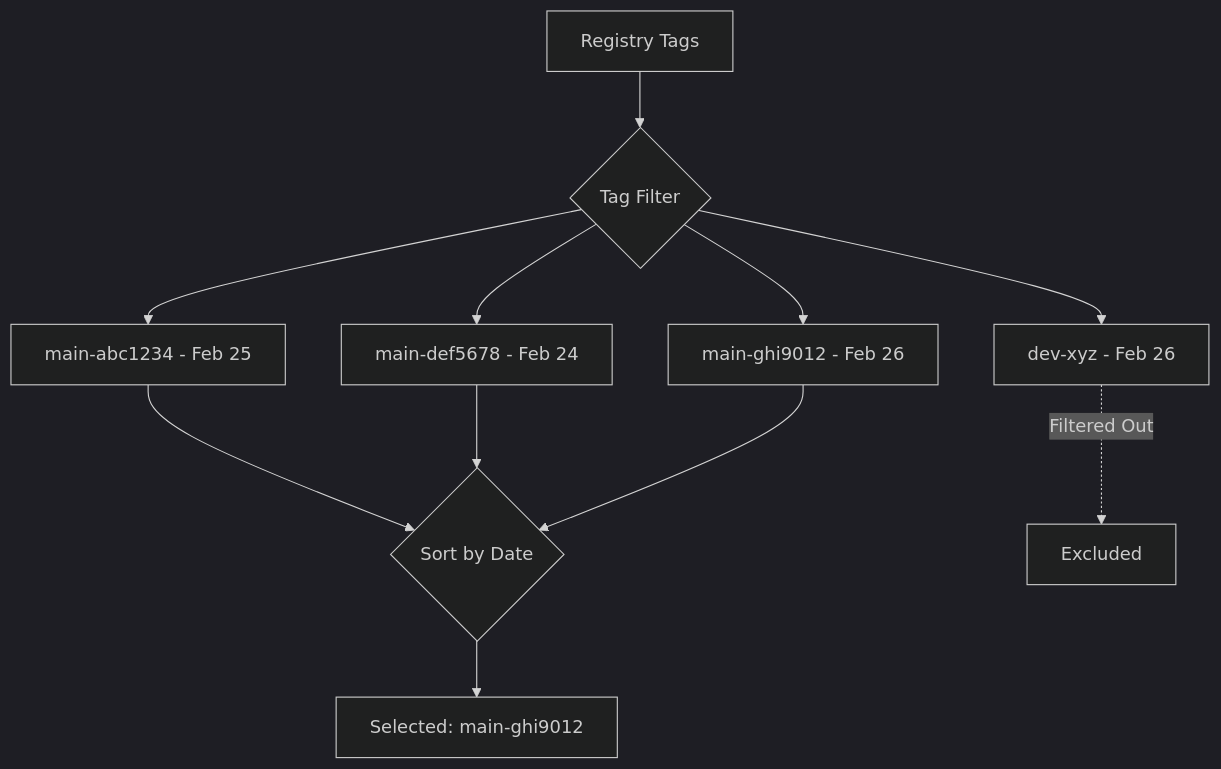
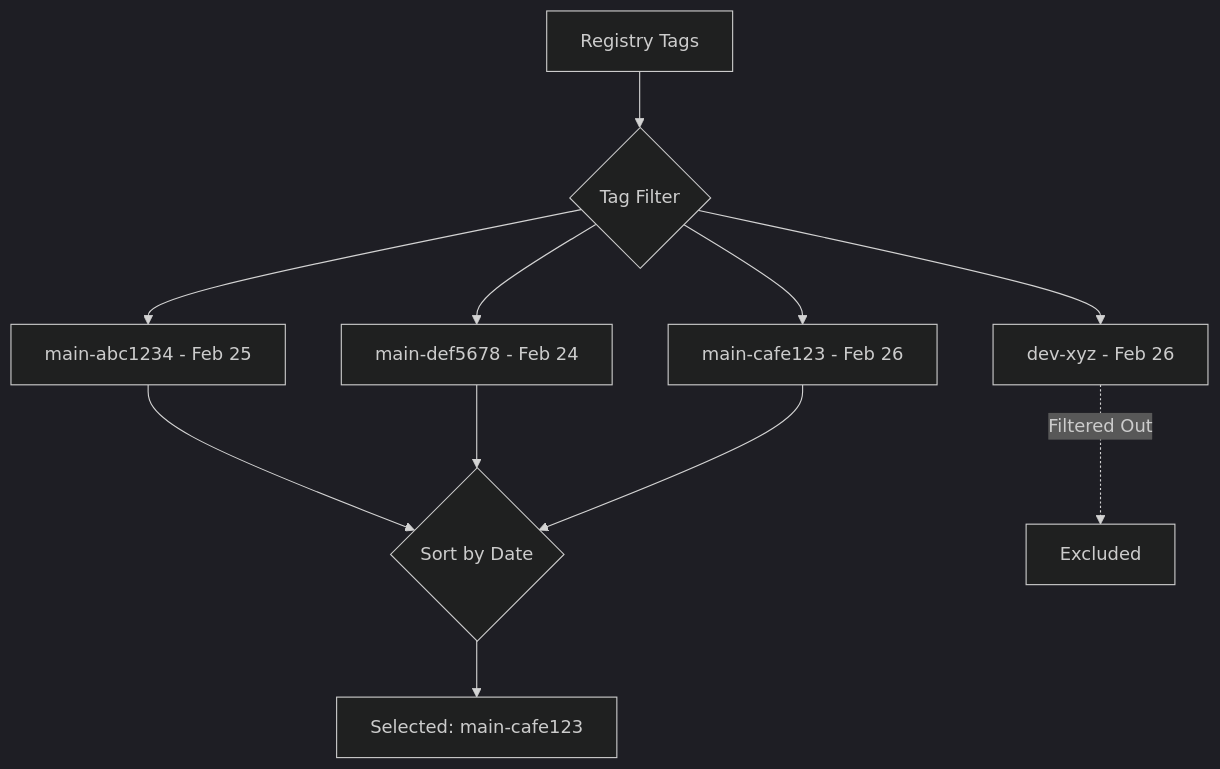
One commit to OneUptime/blog changed the diagram in posts/2026-02-26-argocd-latest-strategy-image-updates/README.md. Above: the diagram before and after it, drawn with Mermaid (dark theme). The commit also changed other lines of this file and 2 other files, not shown here.

````diff
--- a/posts/2026-02-26-argocd-latest-strategy-image-updates/README.md
+++ b/posts/2026-02-26-argocd-latest-strategy-image-updates/README.md
@@ -22,13 +22,13 @@
 ```mermaid
 graph TD
     A[Registry Tags] --> B{Tag Filter}
     B --> C[main-abc1234 - Feb 25]
     B --> D[main-def5678 - Feb 24]
-    B --> E[main-ghi9012 - Feb 26]
+    B --> E[main-cafe123 - Feb 26]
     B --> F[dev-xyz - Feb 26]
     C --> G{Sort by Date}
     D --> G
     E --> G
     F -.->|Filtered Out| H[Excluded]
-    G --> I[Selected: main-ghi9012]
+    G --> I[Selected: main-cafe123]
 ```
````
